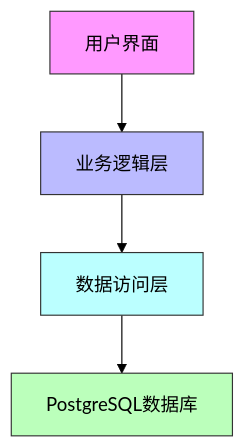
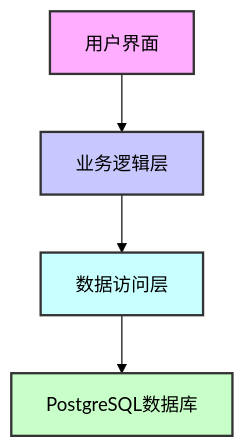
Before and after one commit to tyz20050812tyz/Hotel-Accommodation-Management-System: the first of 2 diagrams in README.md, drawn with Mermaid (forest theme). The commit also changed other lines of this file and 1 other file, not shown here.

````diff
--- a/README.md
+++ b/README.md
@@ -36,10 +57,10 @@
 ```mermaid
 graph TD
     A[用户界面] --> B[业务逻辑层]
     B --> C[数据访问层]
     C --> D[PostgreSQL数据库]
-    style A fill:#f9f,stroke:#333
-    style B fill:#bbf,stroke:#333
-    style C fill:#bff,stroke:#333
-    style D fill:#bfb,stroke:#333
+    style A fill:#f9fc,stroke:#333,stroke-width:2px
+    style B fill:#bbfc,stroke:#333,stroke-width:2px
+    style C fill:#bffc,stroke:#333,stroke-width:2px
+    style D fill:#bfbc,stroke:#333,stroke-width:2px
 ```
````
